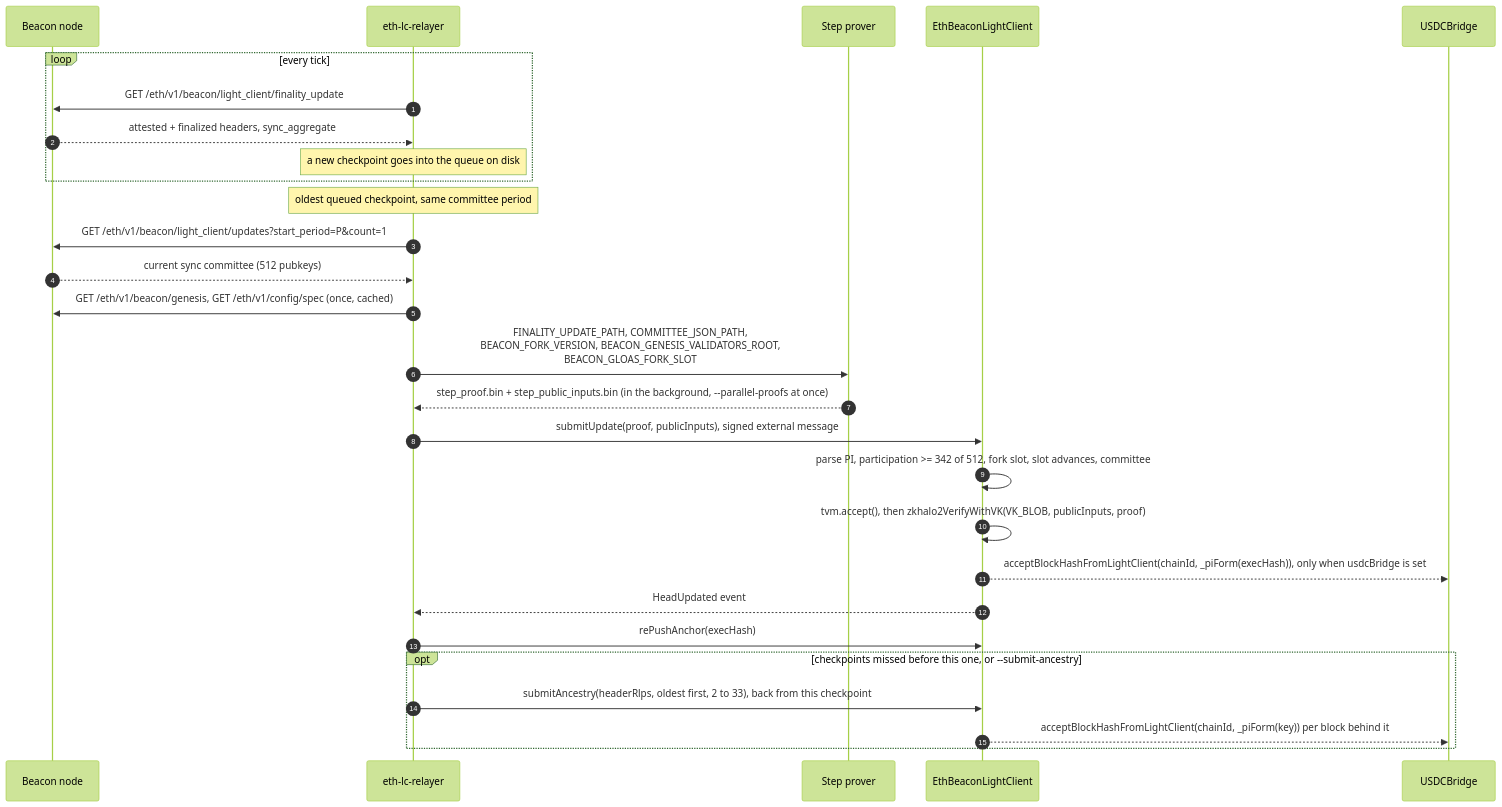
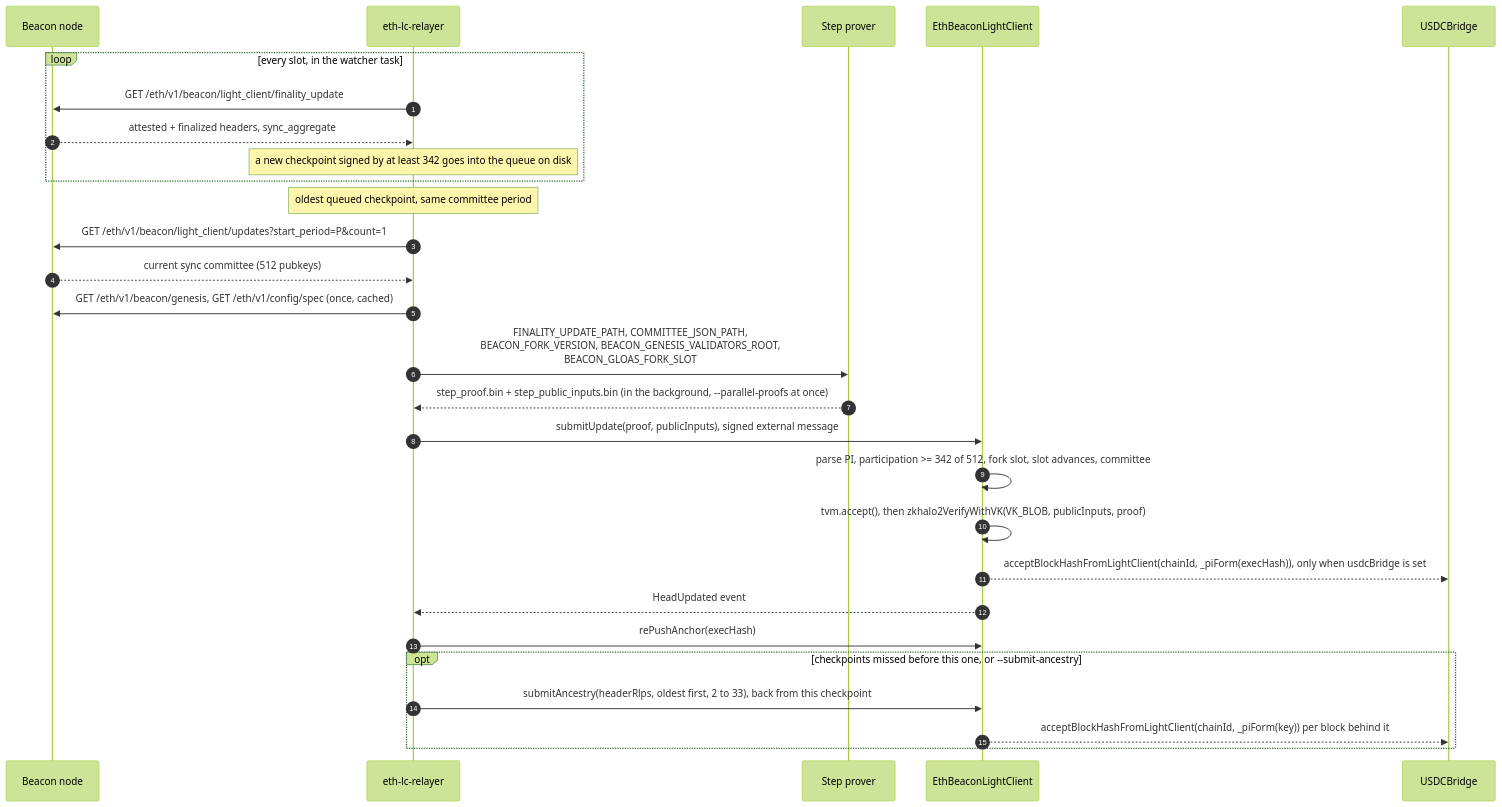
One commit to gosh-sh/bridge changed the second of 5 diagrams in docs/eth-light-client.md. Above: the diagram before and after it, drawn with Mermaid (forest theme). The commit also changed other lines of this file and 13 other files, not shown here.

First line of the commit message:
Light client daemon watches the beacon node in its own task and never gives a checkpoint up (bridge-audit#154)

````diff
--- a/docs/eth-light-client.md
+++ b/docs/eth-light-client.md
@@ -111,30 +119,30 @@
 ```mermaid
 sequenceDiagram
   autonumber
   participant B as Beacon node
   participant R as eth-lc-relayer
   participant P as Step prover
   participant LC as EthBeaconLightClient
   participant UB as USDCBridge
-  loop every tick
+  loop every slot, in the watcher task
     R->>B: GET /eth/v1/beacon/light_client/finality_update
     B-->>R: attested + finalized headers, sync_aggregate
-    Note over R: a new checkpoint goes into the queue on disk
+    Note over R: a new checkpoint signed by at least 342 goes into the queue on disk
   end
   Note over R: oldest queued checkpoint, same committee period
   R->>B: GET /eth/v1/beacon/light_client/updates?start_period=P&count=1
   B-->>R: current sync committee (512 pubkeys)
   R->>B: GET /eth/v1/beacon/genesis, GET /eth/v1/config/spec (once, cached)
   R->>P: FINALITY_UPDATE_PATH, COMMITTEE_JSON_PATH,<br/>BEACON_FORK_VERSION, BEACON_GENESIS_VALIDATORS_ROOT,<br/>BEACON_GLOAS_FORK_SLOT
   P-->>R: step_proof.bin + step_public_inputs.bin (in the background, --parallel-proofs at once)
   R->>LC: submitUpdate(proof, publicInputs), signed external message
   LC->>LC: parse PI, participation >= 342 of 512, fork slot, slot advances, committee
   LC->>LC: tvm.accept(), then zkhalo2VerifyWithVK(VK_BLOB, publicInputs, proof)
   LC-->>UB: acceptBlockHashFromLightClient(chainId, _piForm(execHash)), only when usdcBridge is set
   LC-->>R: HeadUpdated event
   R->>LC: rePushAnchor(execHash)
   opt checkpoints missed before this one, or --submit-ancestry
     R->>LC: submitAncestry(headerRlps, oldest first, 2 to 33), back from this checkpoint
     LC-->>UB: acceptBlockHashFromLightClient(chainId, _piForm(key)) per block behind it
   end
 ```
````
